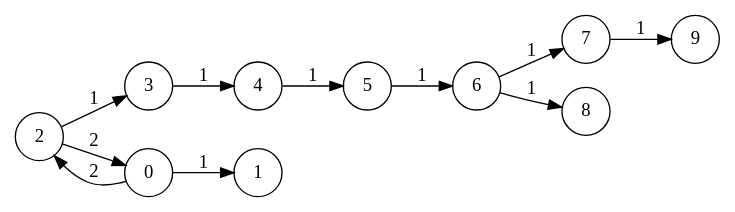
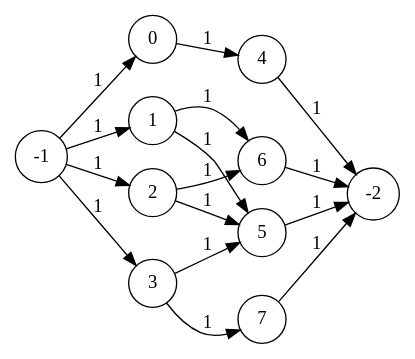
One commit to jodorganistaca/ProjectOcaml changed the diagram in graphs/graph1.dot. Above: the diagram before and after it, drawn with Graphviz. The commit also changed 11 other files, not shown here.

```diff
--- a/graphs/graph1.dot
+++ b/graphs/graph1.dot
@@ -1,15 +1,20 @@
 digraph dot_graph {
   rankdir=LR;
   size="8,5"
   node [shape=circle];
-  3 -> 4 [label = "1"]; 
-  7 -> 9 [label = "1"]; 
-  6 -> 8 [label = "1"]; 
-  6 -> 7 [label = "1"]; 
-  5 -> 6 [label = "1"]; 
-  4 -> 5 [label = "1"]; 
-  2 -> 0 [label = "2"]; 
-  2 -> 3 [label = "1"]; 
-  0 -> 2 [label = "2"]; 
-  0 -> 1 [label = "1"]; 
+  0 -> 4 [label = "1"]; 
+  1 -> 5 [label = "1"]; 
+  1 -> 6 [label = "1"]; 
+  2 -> 5 [label = "1"]; 
+  2 -> 6 [label = "1"]; 
+  3 -> 5 [label = "1"]; 
+  3 -> 7 [label = "1"]; 
+  4 -> -2 [label = "1"]; 
+  5 -> -2 [label = "1"]; 
+  6 -> -2 [label = "1"]; 
+  7 -> -2 [label = "1"]; 
+  -1 -> 0 [label = "1"]; 
+  -1 -> 1 [label = "1"]; 
+  -1 -> 2 [label = "1"]; 
+  -1 -> 3 [label = "1"]; 
 }
```
